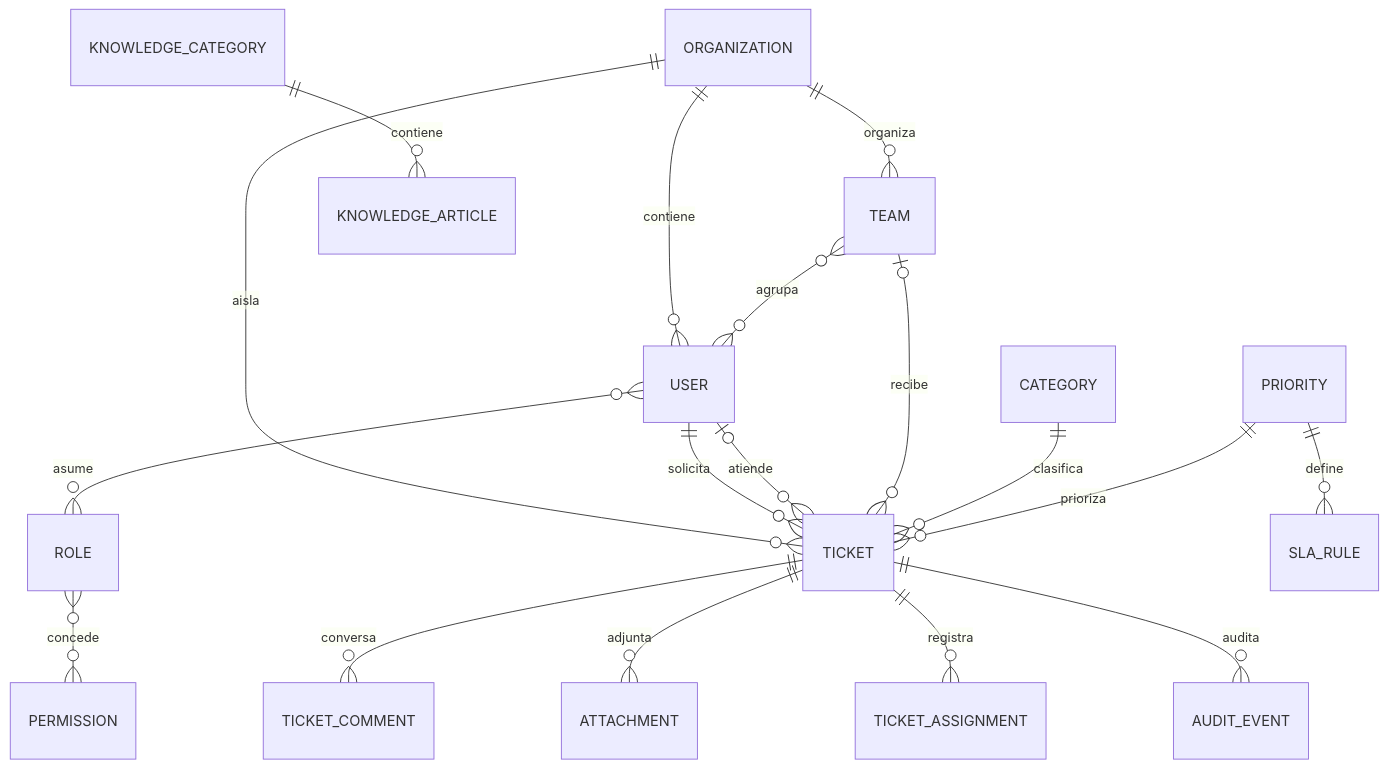
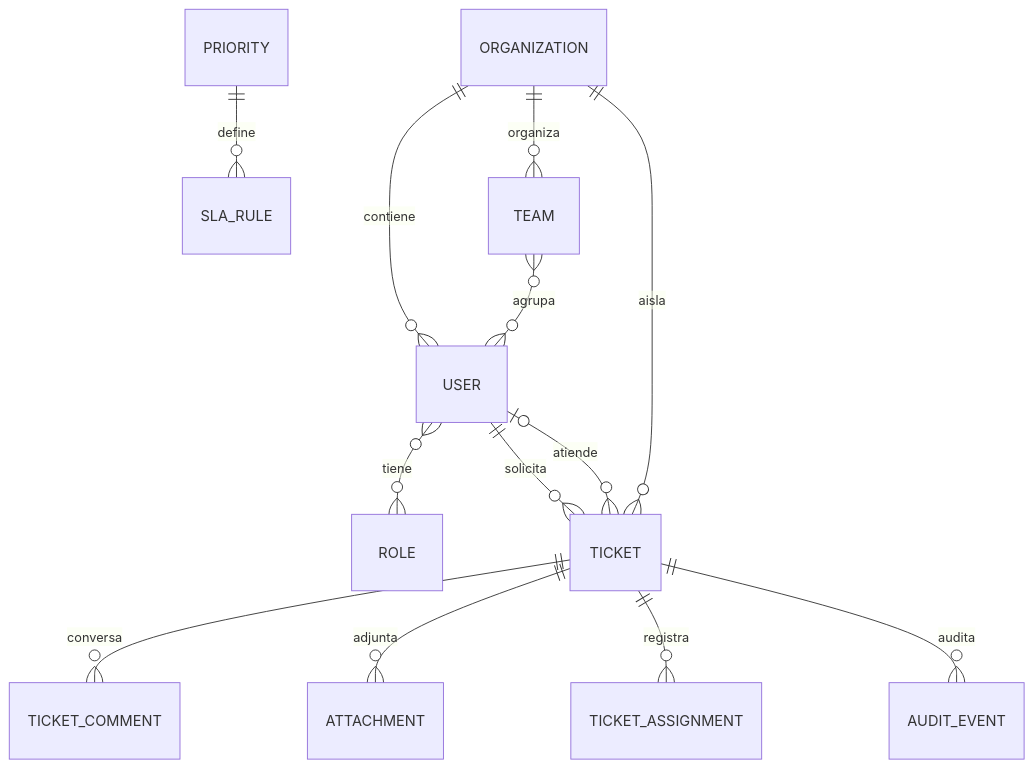
The second of 2 diagrams in README.md (Hut0Xx/SupportFlow), drawn with Mermaid before and after one commit. The commit also changed other lines of this file and 63 other files, not shown here.

````diff
--- a/README.md
+++ b/README.md
@@ -65,20 +54,15 @@
 ```mermaid
 erDiagram
     ORGANIZATION ||--o{ USER : contiene
-    USER }o--o{ ROLE : asume
-    ROLE }o--o{ PERMISSION : concede
+    USER }o--o{ ROLE : tiene
     ORGANIZATION ||--o{ TEAM : organiza
     TEAM }o--o{ USER : agrupa
     ORGANIZATION ||--o{ TICKET : aisla
     USER ||--o{ TICKET : solicita
     USER o|--o{ TICKET : atiende
-    TEAM o|--o{ TICKET : recibe
-    CATEGORY ||--o{ TICKET : clasifica
-    PRIORITY ||--o{ TICKET : prioriza
-    PRIORITY ||--o{ SLA_RULE : define
     TICKET ||--o{ TICKET_COMMENT : conversa
     TICKET ||--o{ ATTACHMENT : adjunta
     TICKET ||--o{ TICKET_ASSIGNMENT : registra
     TICKET ||--o{ AUDIT_EVENT : audita
-    KNOWLEDGE_CATEGORY ||--o{ KNOWLEDGE_ARTICLE : contiene
+    PRIORITY ||--o{ SLA_RULE : define
 ```
````
